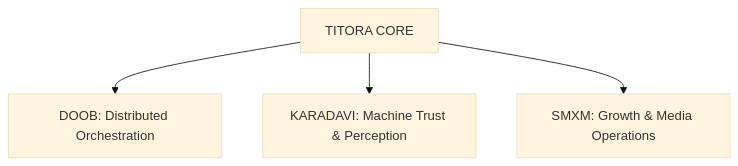
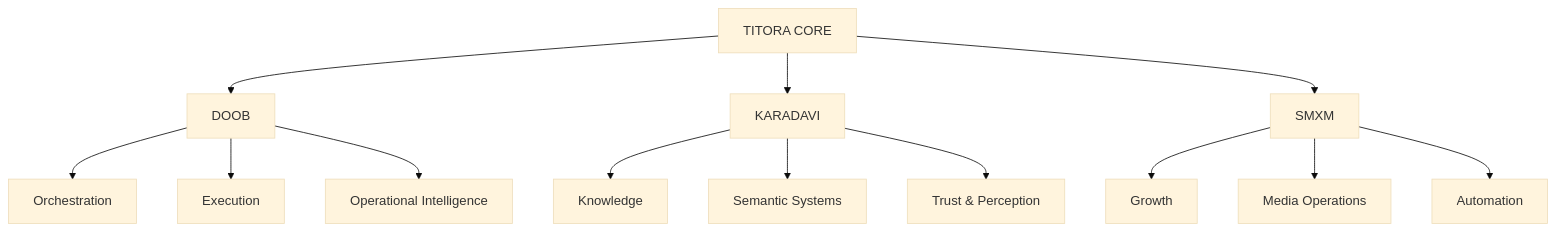
Before and after one commit to aruntito/titora: the diagram in README.md, drawn with Mermaid (base theme). The commit also changed other lines of this file, not shown here.

Commit message:
docs: rebuild TITORA ecosystem README

````diff
--- a/README.md
+++ b/README.md
@@ -23,6 +29,16 @@
 ```mermaid
-graph TD
-    TITORA[TITORA CORE] --> DOOB[DOOB: Distributed Orchestration]
-    TITORA --> KARADAVI[KARADAVI: Machine Trust & Perception]
-    TITORA --> SMXM[SMXM: Growth & Media Operations]
+flowchart TB
+    T[TITORA CORE]
+    T --> D[DOOB]
+    T --> K[KARADAVI]
+    T --> S[SMXM]
+    D --> D1[Orchestration]
+    D --> D2[Execution]
+    D --> D3[Operational Intelligence]
+    K --> K1[Knowledge]
+    K --> K2[Semantic Systems]
+    K --> K3[Trust & Perception]
+    S --> S1[Growth]
+    S --> S2[Media Operations]
+    S --> S3[Automation]
 ```
````
